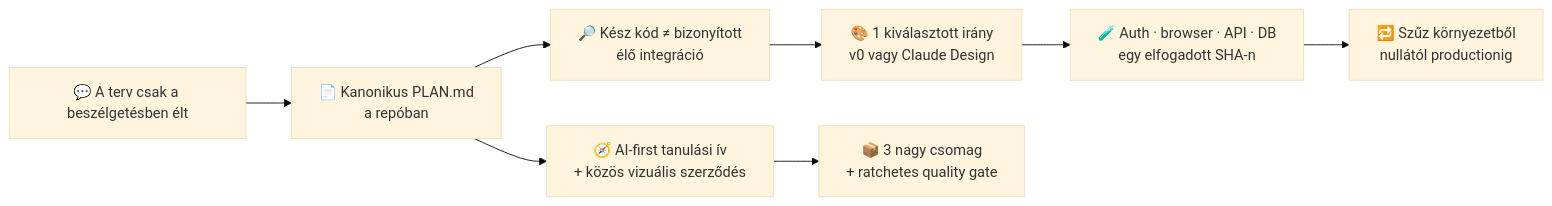
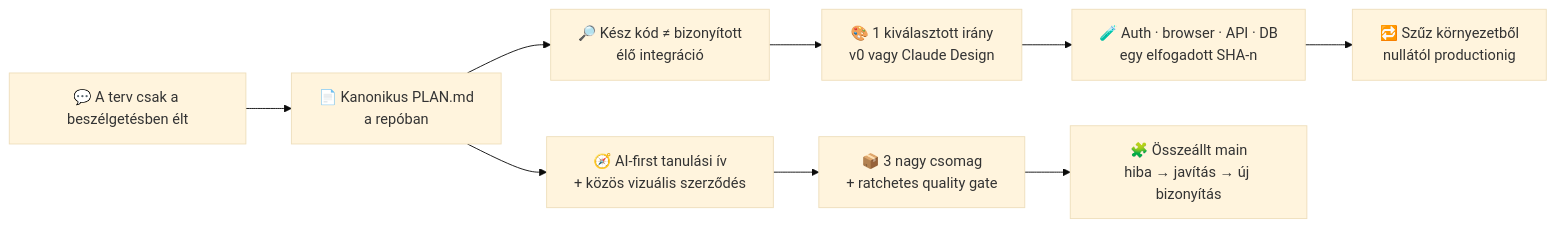
The diagram in materials/epitesi-naplo/day-5.md (cspiya/wshp-ai-dev-2026), drawn with Mermaid (base theme) before and after one commit. The commit also changed other lines of this file and 12 other files, not shown here.

````diff
--- a/materials/epitesi-naplo/day-5.md
+++ b/materials/epitesi-naplo/day-5.md
@@ -16,10 +16,11 @@
 ```mermaid
 flowchart LR
     CHAT["💬 A terv csak a beszélgetésben élt"] --> GIT["📄 Kanonikus PLAN.md<br/>a repóban"]
     GIT --> TRUTH["🔎 Kész kód ≠ bizonyított<br/>élő integráció"]
     TRUTH --> V0["🎨 1 kiválasztott irány<br/>v0 vagy Claude Design"]
     V0 --> PROOF["🧪 Auth · browser · API · DB<br/>egy elfogadott SHA-n"]
     PROOF --> REPLAY["🔁 Szűz környezetből<br/>nullától productionig"]
     GIT --> MATERIAL["🧭 AI-first tanulási ív<br/>+ közös vizuális szerződés"]
     MATERIAL --> PACKAGES["📦 3 nagy csomag<br/>+ ratchetes quality gate"]
+    PACKAGES --> COMPOSED["🧩 Összeállt main<br/>hiba → javítás → új bizonyítás"]
 ```
````
